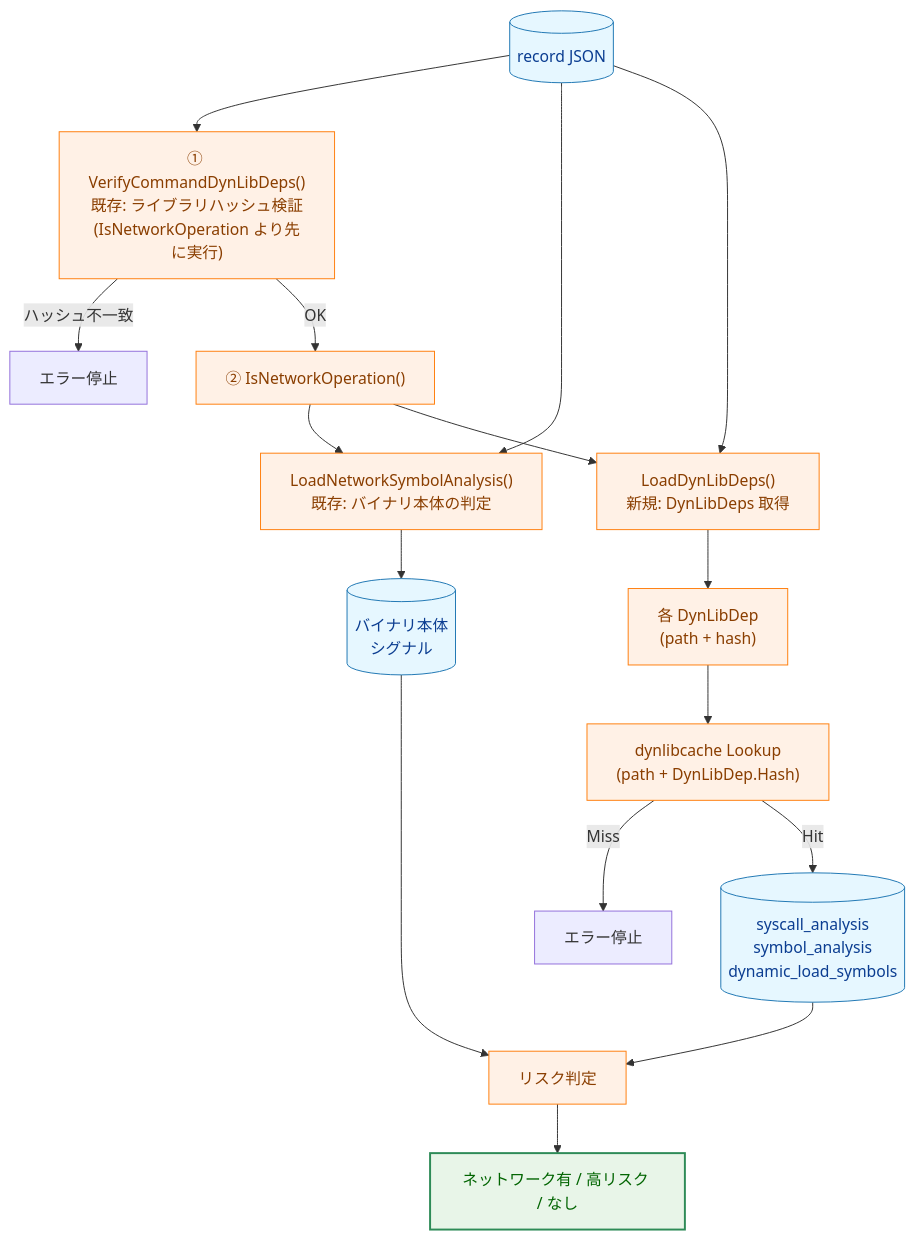
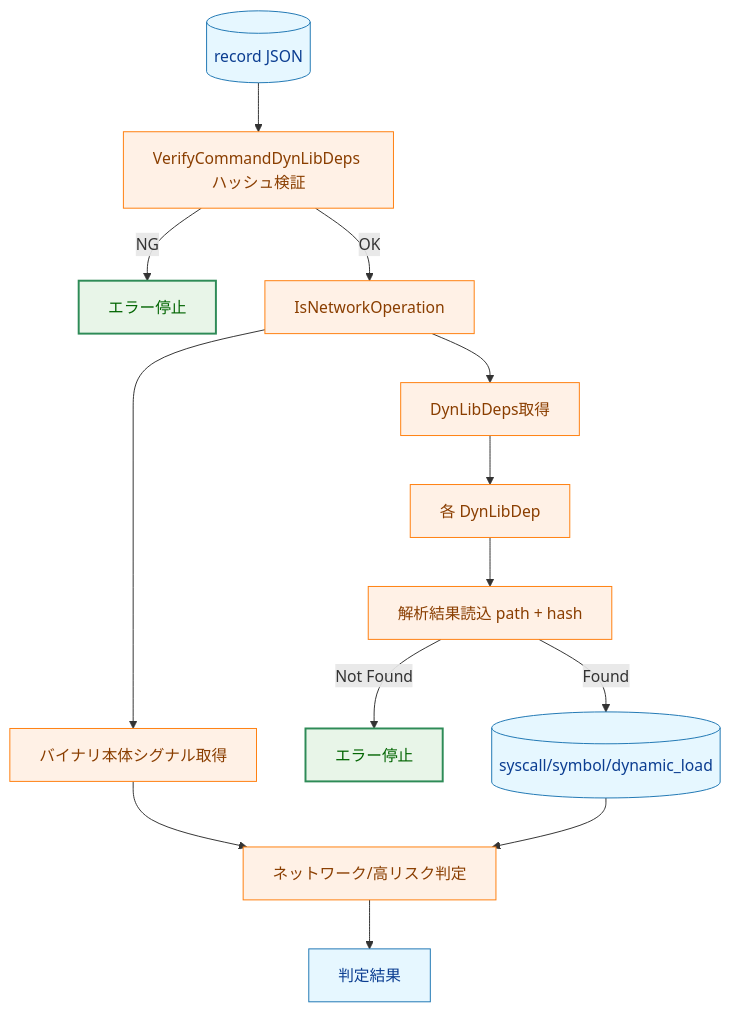
Before and after one commit to isseis/go-safe-cmd-runner: the second of 3 diagrams in docs/tasks/0124_dynlib_library_analysis_cache/02_architecture.md, drawn with Mermaid. The commit also changed other lines of this file and 3 other files, not shown here.

First line of the commit message:
Refactor task 0124 docs around dynamic library analysis terminology

````diff
--- a/docs/tasks/0124_dynlib_library_analysis_cache/02_architecture.md
+++ b/docs/tasks/0124_dynlib_library_analysis_cache/02_architecture.md
@@ -57,29 +51,25 @@
 ```mermaid
 flowchart TD
     classDef data fill:#e6f7ff,stroke:#1f77b4,stroke-width:1px,color:#0b3d91;
     classDef process fill:#fff1e6,stroke:#ff7f0e,stroke-width:1px,color:#8a3e00;
     classDef enhanced fill:#e8f5e8,stroke:#2e8b57,stroke-width:2px,color:#006400;
 
-    JSON[("record JSON")] --> VERIFYDEP["① VerifyCommandDynLibDeps()<br>既存: ライブラリハッシュ検証<br>(IsNetworkOperation より先に実行)"]
-    VERIFYDEP -->|"ハッシュ不一致"| STOP1["エラー停止"]
-    VERIFYDEP -->|"OK"| ISNET["② IsNetworkOperation()"]
+    JSON[(record JSON)] --> VERIFY[VerifyCommandDynLibDeps ハッシュ検証]
+    VERIFY -->|NG| STOP1[エラー停止]
+    VERIFY -->|OK| ISNET[IsNetworkOperation]
 
-    ISNET --> SYMALOAD["LoadNetworkSymbolAnalysis()<br>既存: バイナリ本体の判定"]
-    JSON --> SYMALOAD
-    ISNET --> DEPSLOAD["LoadDynLibDeps()<br>新規: DynLibDeps 取得"]
-    JSON --> DEPSLOAD
+    ISNET --> BASE[バイナリ本体シグナル取得]
+    ISNET --> DEPS[DynLibDeps取得]
+    DEPS --> EACH[各 DynLibDep]
+    EACH --> LOAD[解析結果読込 path + hash]
+    LOAD -->|Not Found| STOP2[エラー停止]
+    LOAD -->|Found| SIG[(syscall/symbol/dynamic_load)]
 
-    SYMALOAD --> SIG_BIN[("バイナリ本体<br>シグナル")]
-    DEPSLOAD --> EACH["各 DynLibDep<br>(path + hash)"]
-    EACH --> CACHELOAD["dynlibcache Lookup<br>(path + DynLibDep.Hash)"]
-    CACHELOAD -->|"Miss"| STOP2["エラー停止"]
-    CACHELOAD -->|"Hit"| SIG_LIB[("syscall_analysis<br>symbol_analysis<br>dynamic_load_symbols")]
+    BASE --> DECIDE[ネットワーク/高リスク判定]
+    SIG --> DECIDE
+    DECIDE --> OUT[判定結果]
 
-    SIG_BIN --> DECISION["リスク判定"]
-    SIG_LIB --> DECISION
-    DECISION --> RESULT["ネットワーク有 / 高リスク / なし"]
-
-    class JSON,SIG_BIN,SIG_LIB data;
-    class VERIFYDEP,ISNET,SYMALOAD,DEPSLOAD,EACH,CACHELOAD,DECISION process;
-    class RESULT enhanced;
+    class JSON,SIG,OUT data;
+    class VERIFY,ISNET,BASE,DEPS,EACH,LOAD,DECIDE process;
+    class STOP1,STOP2 enhanced;
 ```
````
